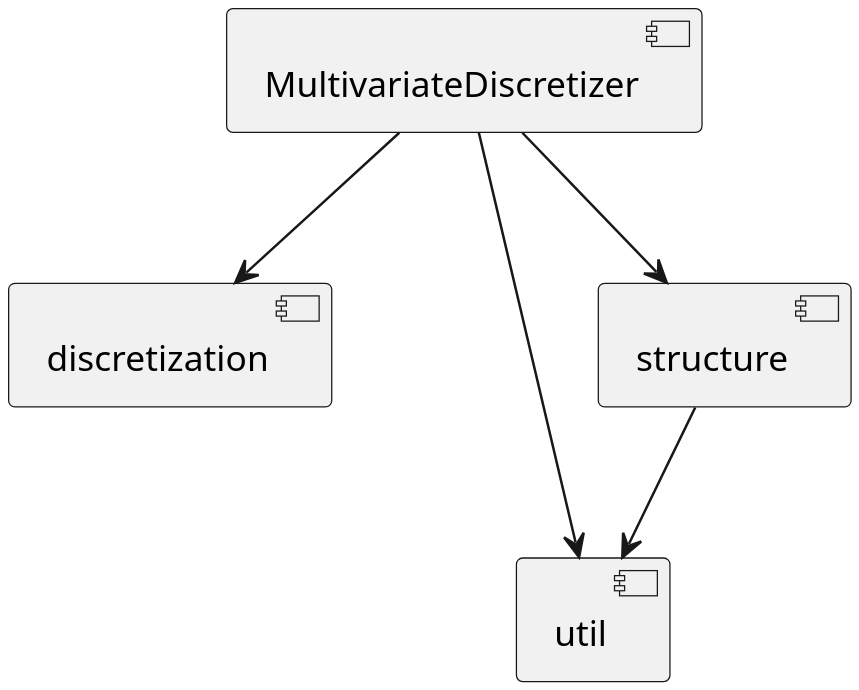
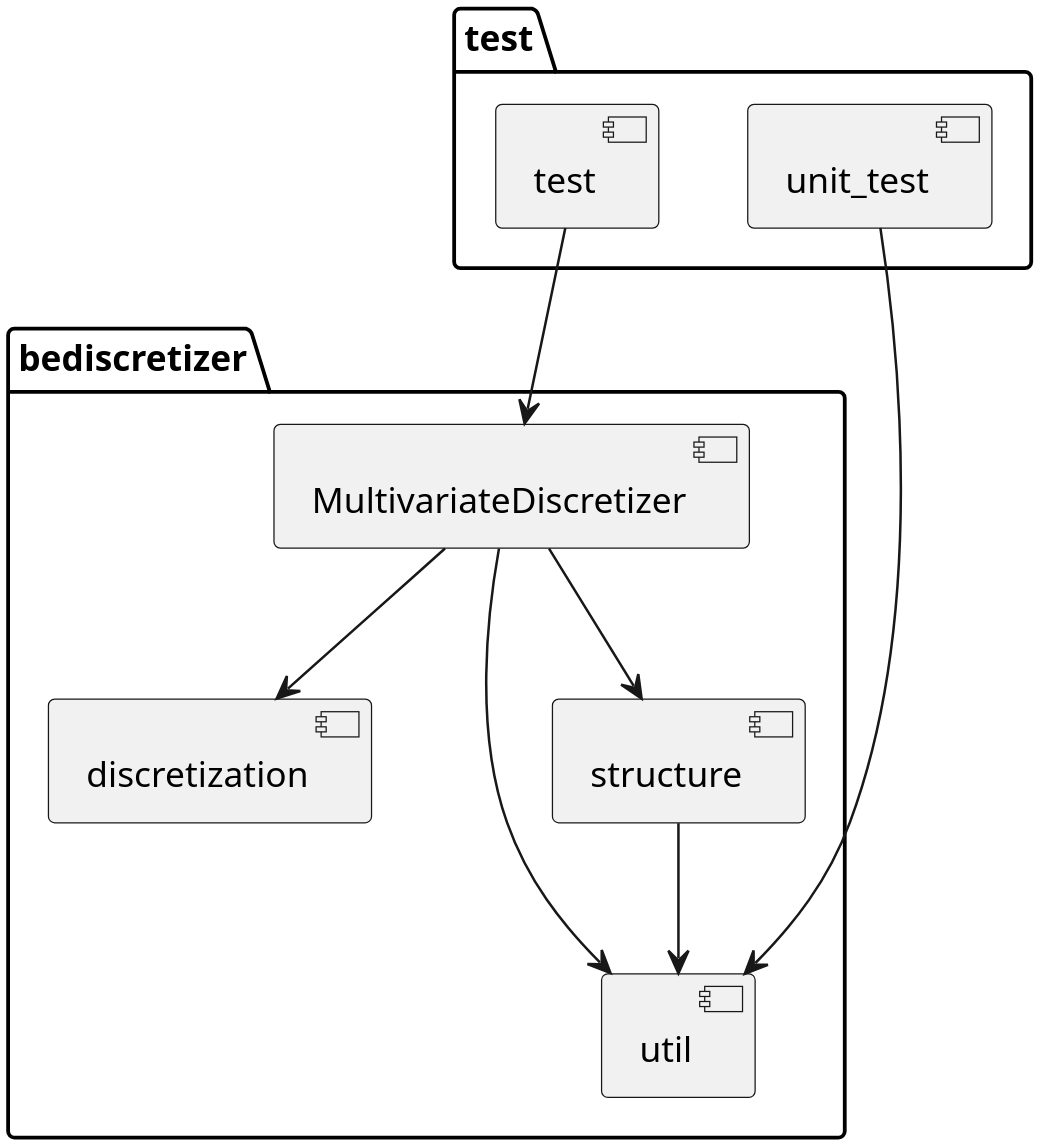
One commit to zihbot/diplomamunka changed the first of 3 diagrams in diagrams/app.puml. Above: the diagram before and after it, drawn with PlantUML. The commit also changed 2 other files, not shown here.

Commit message:
teszt hozzáadása a diagramhoz

```diff
--- a/diagrams/app.puml
+++ b/diagrams/app.puml
@@ -1,14 +1,24 @@
 @startuml structure
 scale 3
 
+folder test as test_folder {
+    [test] as test
+    [unit_test] as ut
+}
+
+package bediscretizer {
 [MultivariateDiscretizer] as md
 [discretization] as disc
 [util] as util
 [structure] as stru
+}
 
 md --> disc
 md --> util
 md --> stru
 stru --> util
 
+test --> md
+ut --> util
+
 @enduml
```
